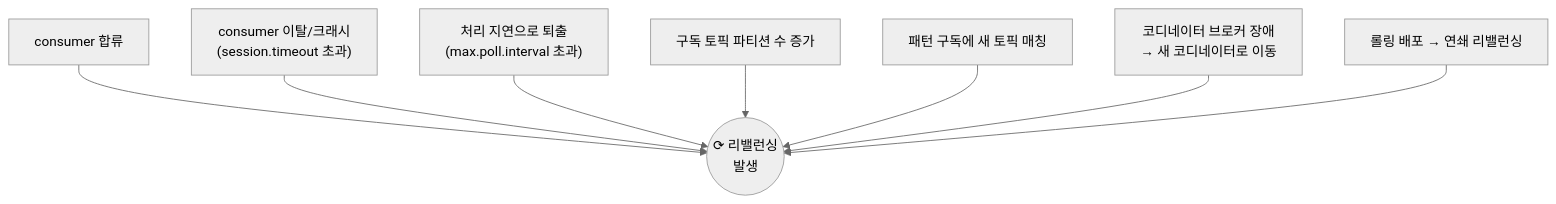
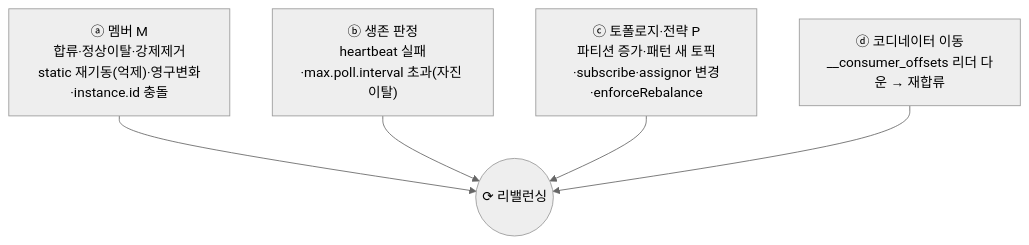
Before and after one commit to ghtjr410/kafka-lab: the second of 3 diagrams in docs/book/3-operations/README.md, drawn with Mermaid (neutral theme). The commit also changed other lines of this file and 2 other files, not shown here.

First line of the commit message:
docs: 리밸런싱 본질·트리거 분류 채움(I권 §5) + III권 운영 골격 보강

````diff
--- a/docs/book/3-operations/README.md
+++ b/docs/book/3-operations/README.md
@@ -36,11 +38,8 @@
 ```mermaid
 graph TB
-    RB(("⟳ 리밸런싱<br/>발생"))
-    M1["consumer 합류"] --> RB
-    M2["consumer 이탈/크래시<br/>(session.timeout 초과)"] --> RB
-    M3["처리 지연으로 퇴출<br/>(max.poll.interval 초과)"] --> RB
-    T1["구독 토픽 파티션 수 증가"] --> RB
-    T2["패턴 구독에 새 토픽 매칭"] --> RB
-    C1["코디네이터 브로커 장애<br/>→ 새 코디네이터로 이동"] --> RB
-    D1["롤링 배포 → 연쇄 리밸런싱"] --> RB
+    RB(("⟳ 리밸런싱"))
+    A["ⓐ 멤버 M<br/>합류·정상이탈·강제제거<br/>static 재기동(억제)·영구변화·instance.id 충돌"] --> RB
+    B["ⓑ 생존 판정<br/>heartbeat 실패·max.poll.interval 초과(자진 이탈)"] --> RB
+    C["ⓒ 토폴로지·전략 P<br/>파티션 증가·패턴 새 토픽·subscribe·assignor 변경·enforceRebalance"] --> RB
+    D["ⓓ 코디네이터 이동<br/>__consumer_offsets 리더 다운 → 재합류"] --> RB
 ```
````
